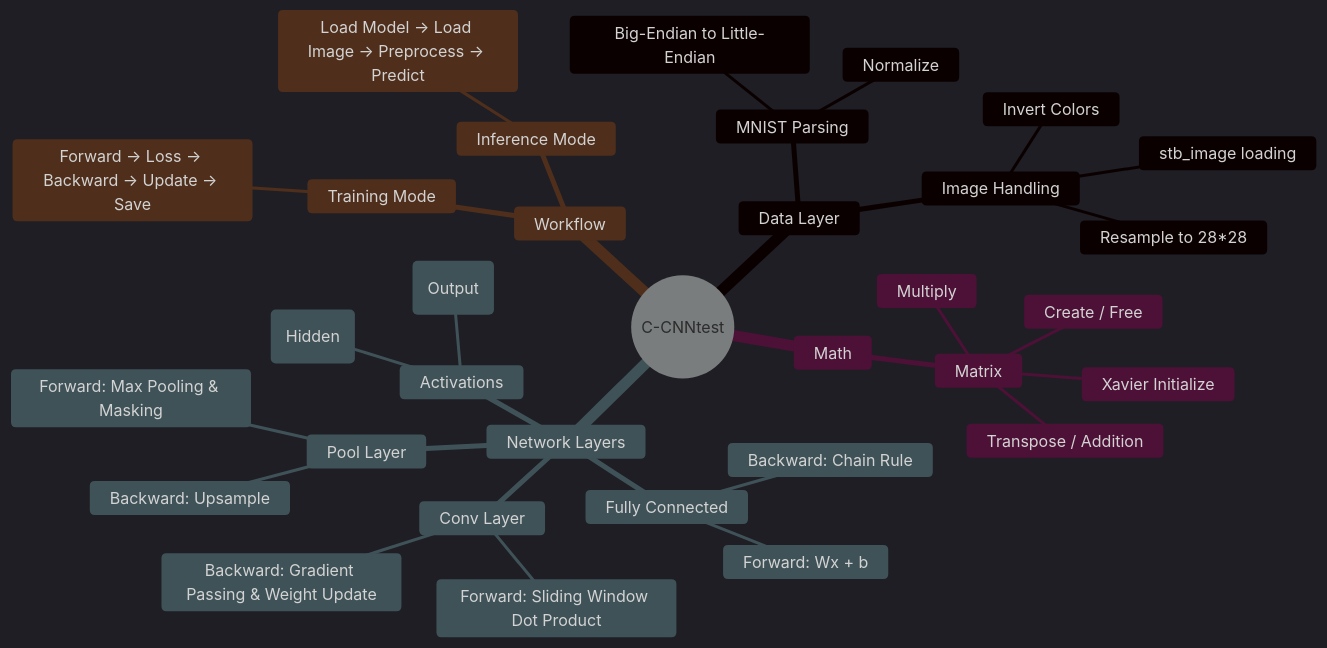
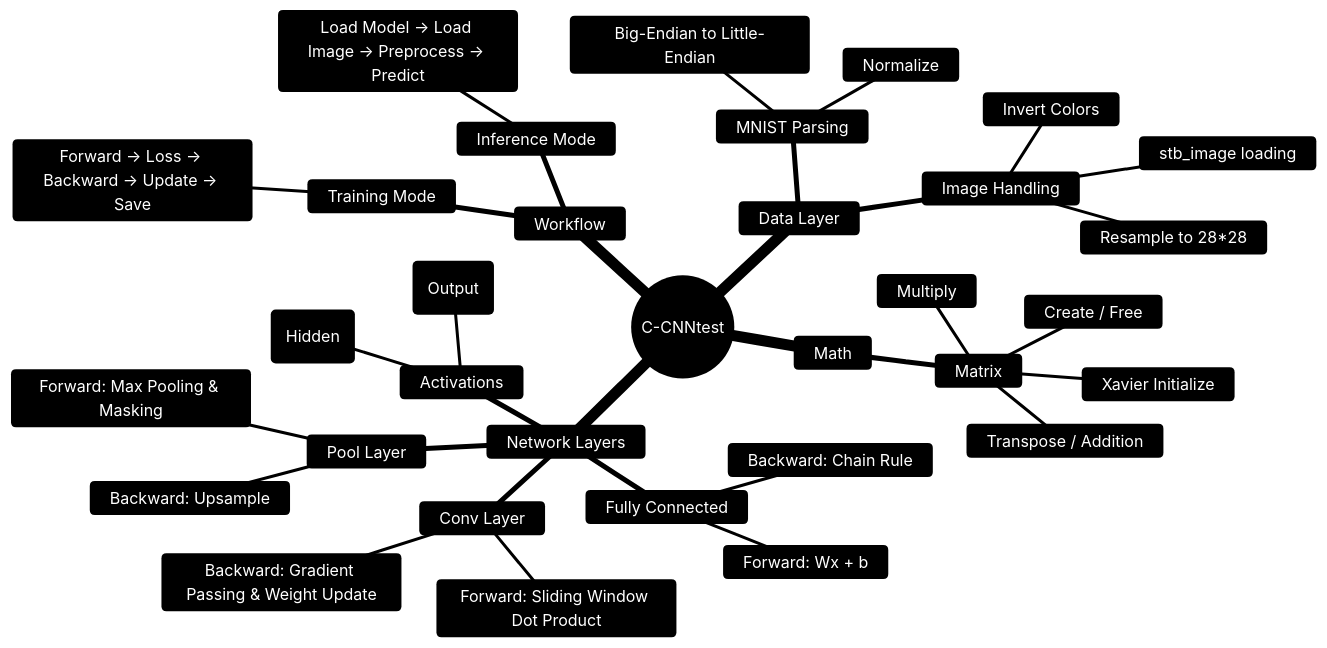
The first of 2 diagrams in README.md (Shizuku-in/C-CNNtest), drawn with Mermaid before and after one commit.

Commit message:
Change mermaid diagram theme to base
Updated mermaid diagram theme settings in README.

````diff
--- a/README.md
+++ b/README.md
@@ -9,37 +9,45 @@
 ```mermaid
-%%{init: {'theme': 'dark'}}%%
+%%{init: {
+  'theme': 'base',
+  'themeVariables': {
+    'primaryColor': '#202020',
+    'primaryTextColor': '#fff',
+    'lineColor': '#00ff99',
+    'mindmapShapeColor': '#333'
+  }
+}}%%
 mindmap
   root((C-CNNtest))
     Data Layer
       MNIST Parsing
         Big-Endian to Little-Endian
         Normalize
       Image Handling
         stb_image loading
         Resample to 28*28
         Invert Colors
     Math
       Matrix
         Create / Free
         Multiply
         Transpose / Addition
         Xavier Initialize
     Network Layers
       Conv Layer
         Forward: Sliding Window Dot Product
         Backward: Gradient Passing & Weight Update
       Pool Layer
         Forward: Max Pooling & Masking
         Backward: Upsample
       Fully Connected
         Forward: Wx + b
         Backward: Chain Rule
       Activations
         ReLU (Hidden)
         Softmax (Output)
     Workflow
       Training Mode
         Forward -> Loss -> Backward -> Update -> Save
       Inference Mode
         Load Model -> Load Image -> Preprocess -> Predict
 ```
````
